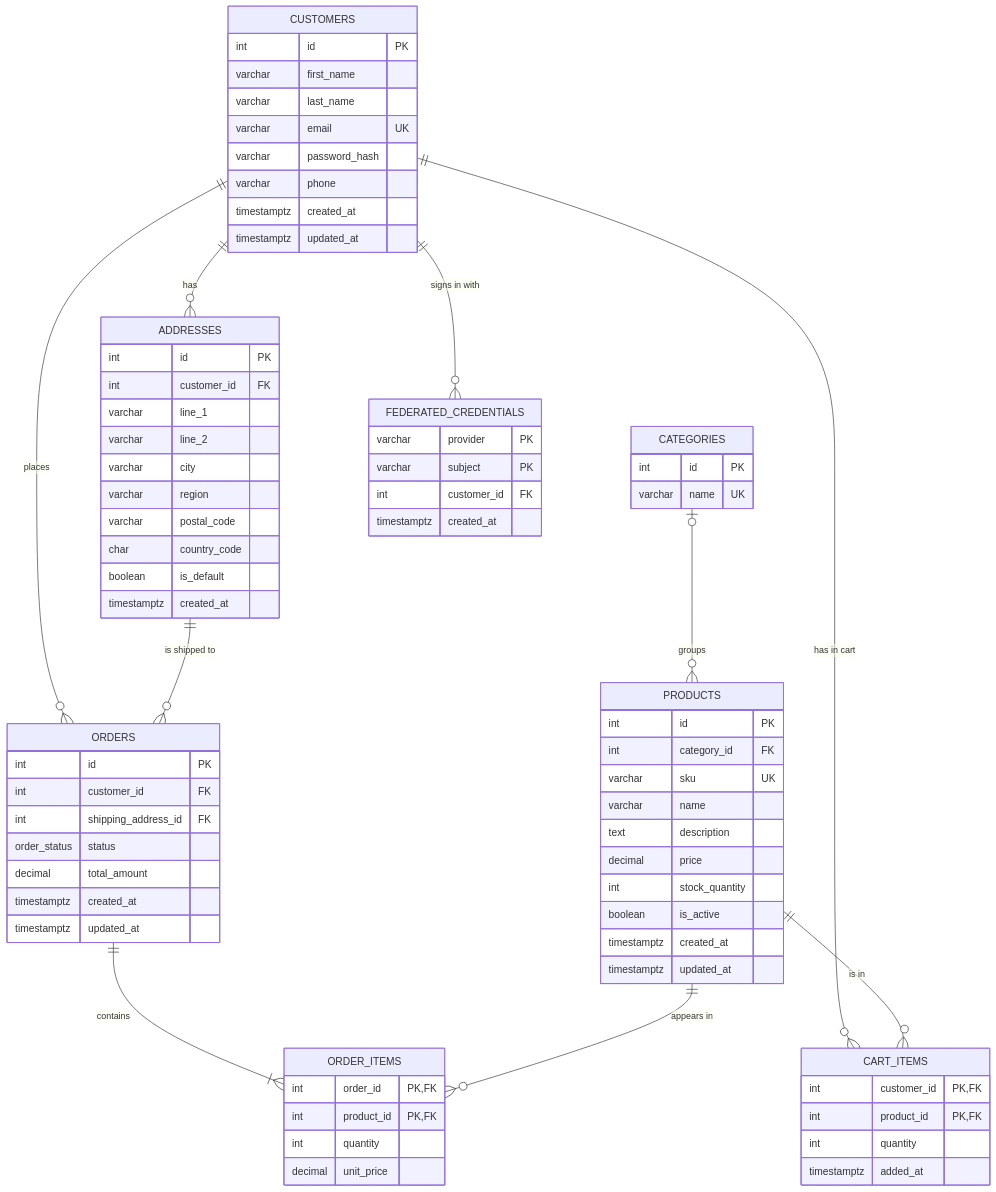
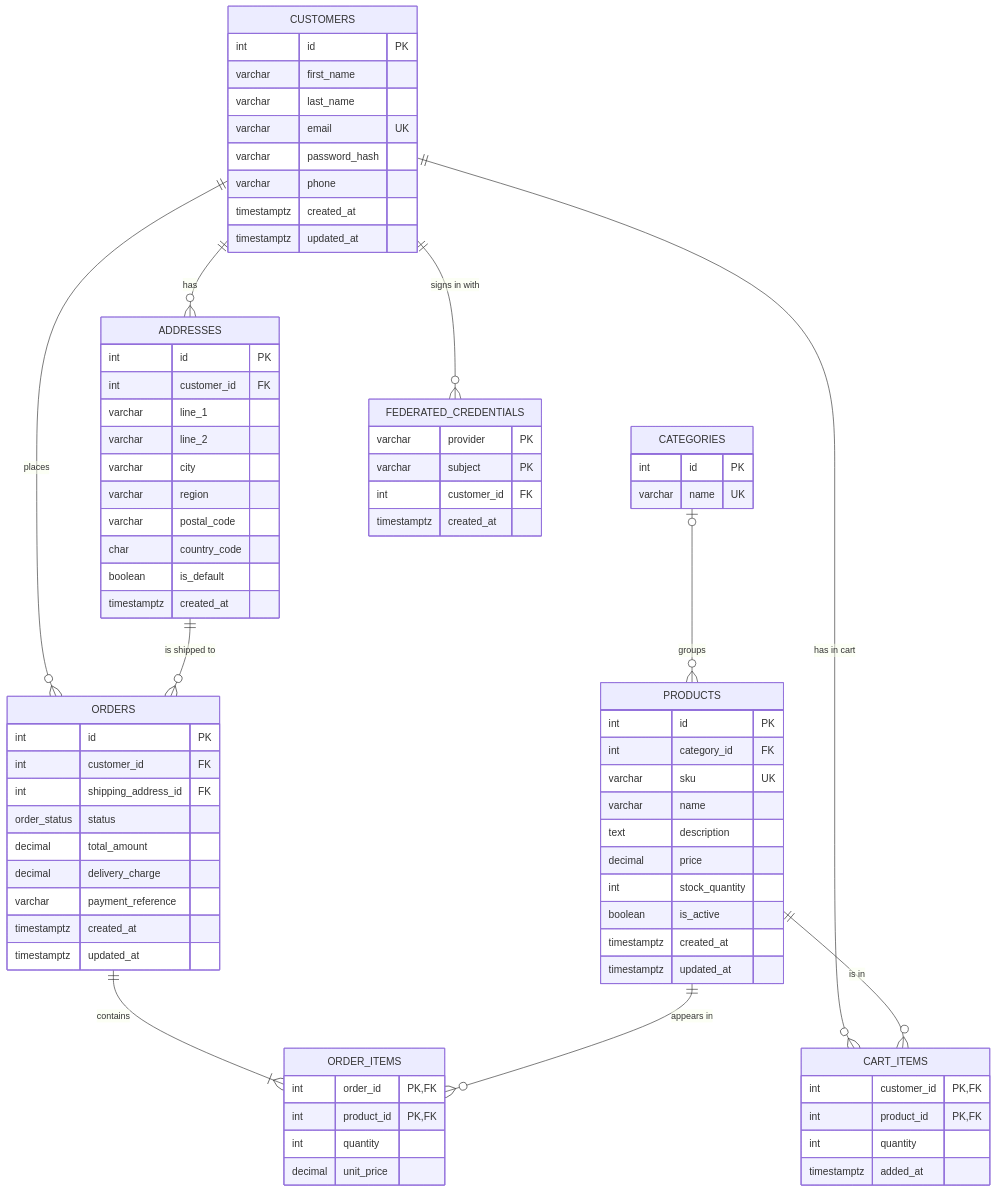
The diagram in docs/database-design.md (MelissaJones98/E-Commerce-App), drawn with Mermaid before and after one commit. The commit also changed other lines of this file and 39 other files, not shown here.

```diff
--- a/docs/database-design.md
+++ b/docs/database-design.md
@@ -71,6 +71,8 @@
         int shipping_address_id FK
         order_status status
         decimal total_amount
+        decimal delivery_charge
+        varchar payment_reference
         timestamptz created_at
         timestamptz updated_at
     }
```
